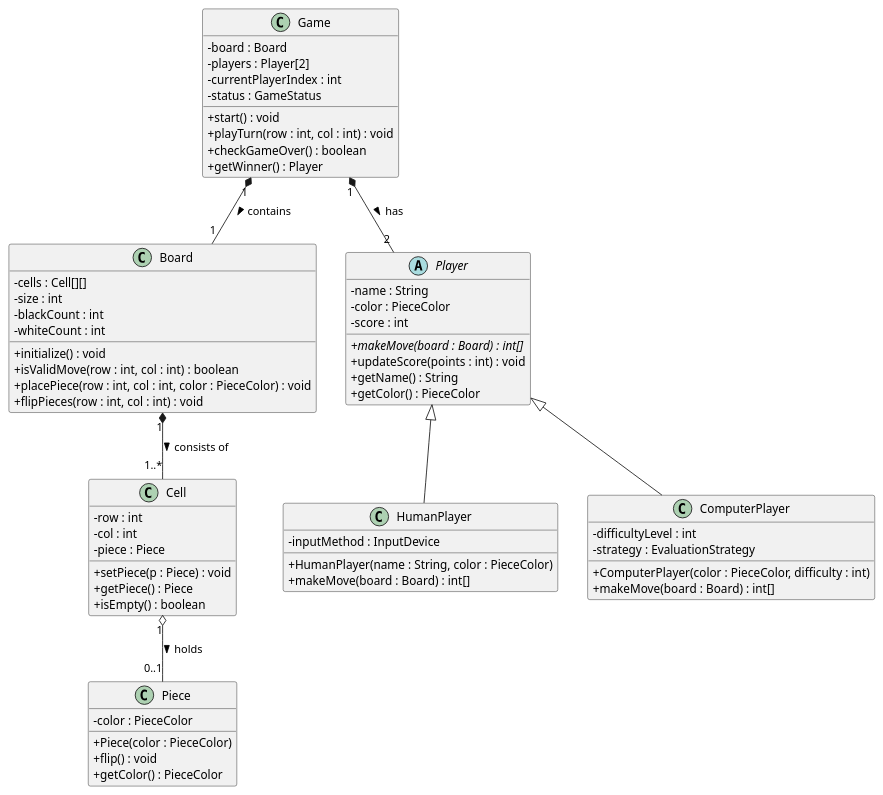
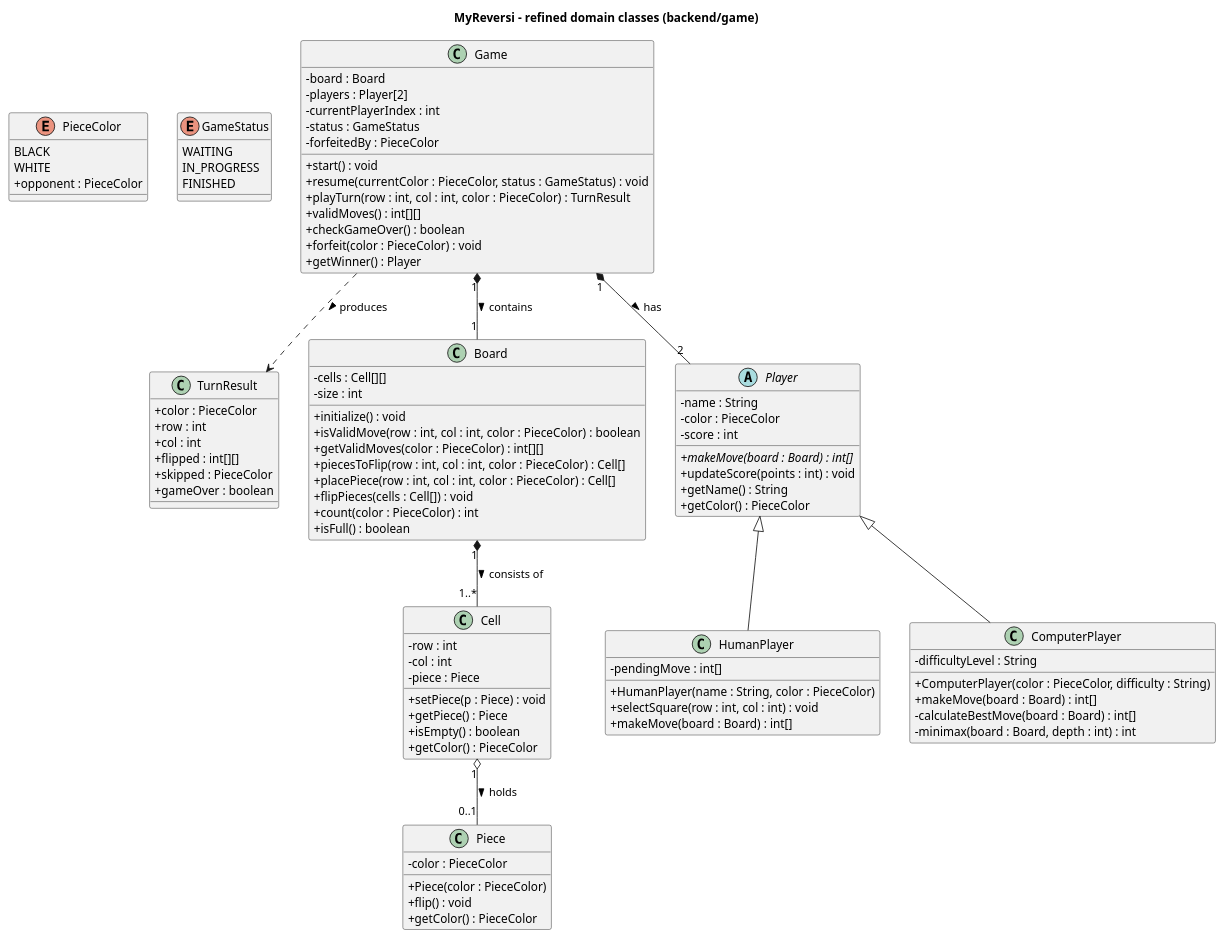
Before and after one commit to MichelMelhem/MyReversiGrp13: the diagram in reversi_domain.puml, drawn with PlantUML. The commit also changed 36 other files, not shown here.

First line of the commit message:
Implement playable MyReversi: game rules, Django API and HTML/CSS client

```diff
--- a/reversi_domain.puml
+++ b/reversi_domain.puml
@@ -1,72 +1,104 @@
 @startuml
 skinparam classAttributeIconSize 0
+title MyReversi - refined domain classes (backend/game)
+
+enum PieceColor {
+  BLACK
+  WHITE
+  + opponent : PieceColor
+}
+
+enum GameStatus {
+  WAITING
+  IN_PROGRESS
+  FINISHED
+}
 
 class Game {
   - board : Board
   - players : Player[2]
   - currentPlayerIndex : int
   - status : GameStatus
+  - forfeitedBy : PieceColor
   + start() : void
-  + playTurn(row : int, col : int) : void
+  + resume(currentColor : PieceColor, status : GameStatus) : void
+  + playTurn(row : int, col : int, color : PieceColor) : TurnResult
+  + validMoves() : int[][]
   + checkGameOver() : boolean
+  + forfeit(color : PieceColor) : void
   + getWinner() : Player
+}
+
+class TurnResult {
+  + color : PieceColor
+  + row : int
+  + col : int
+  + flipped : int[][]
+  + skipped : PieceColor
+  + gameOver : boolean
 }
 
 class Board {
   - cells : Cell[][]
   - size : int
-  - blackCount : int
-  - whiteCount : int
   + initialize() : void
-  + isValidMove(row : int, col : int) : boolean
-  + placePiece(row : int, col : int, color : PieceColor) : void
-  + flipPieces(row : int, col : int) : void
+  + isValidMove(row : int, col : int, color : PieceColor) : boolean
+  + getValidMoves(color : PieceColor) : int[][]
+  + piecesToFlip(row : int, col : int, color : PieceColor) : Cell[]
+  + placePiece(row : int, col : int, color : PieceColor) : Cell[]
+  + flipPieces(cells : Cell[]) : void
+  + count(color : PieceColor) : int
+  + isFull() : boolean
 }
 
 class Cell {
   - row : int
   - col : int
   - piece : Piece
   + setPiece(p : Piece) : void
   + getPiece() : Piece
   + isEmpty() : boolean
+  + getColor() : PieceColor
 }
 
 class Piece {
   - color : PieceColor
   + Piece(color : PieceColor)
   + flip() : void
   + getColor() : PieceColor
 }
 
 abstract class Player {
   - name : String
   - color : PieceColor
   - score : int
   + {abstract} makeMove(board : Board) : int[]
   + updateScore(points : int) : void
   + getName() : String
   + getColor() : PieceColor
 }
 
 class HumanPlayer {
-  - inputMethod : InputDevice
+  - pendingMove : int[]
   + HumanPlayer(name : String, color : PieceColor)
+  + selectSquare(row : int, col : int) : void
   + makeMove(board : Board) : int[]
 }
 
 class ComputerPlayer {
-  - difficultyLevel : int
-  - strategy : EvaluationStrategy
-  + ComputerPlayer(color : PieceColor, difficulty : int)
+  - difficultyLevel : String
+  + ComputerPlayer(color : PieceColor, difficulty : String)
   + makeMove(board : Board) : int[]
+  - calculateBestMove(board : Board) : int[]
+  - minimax(board : Board, depth : int) : int
 }
 
 Game "1" *-- "1" Board : contains >
 Game "1" *-- "2" Player : has >
+Game ..> TurnResult : produces >
 Board "1" *-- "1..*" Cell : consists of >
 Cell "1" o-- "0..1" Piece : holds >
 
 Player <|-- HumanPlayer
 Player <|-- ComputerPlayer
 @enduml
```
